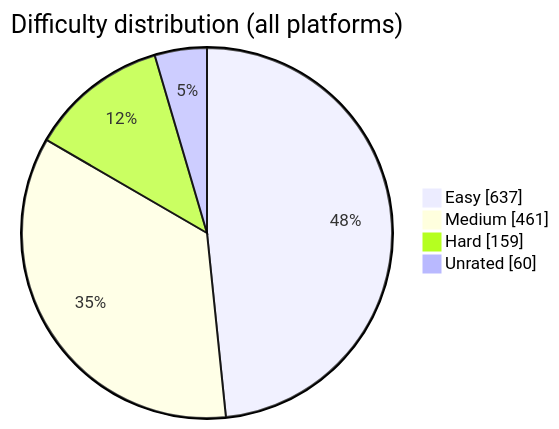
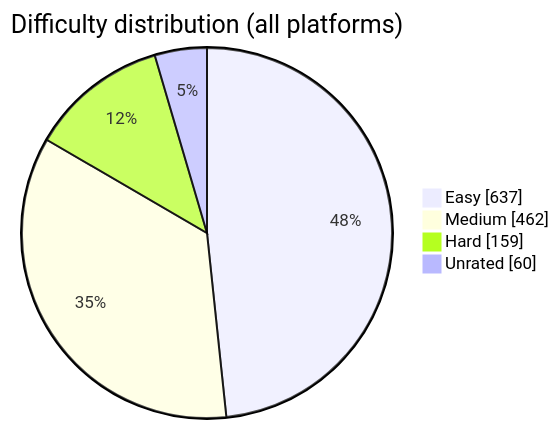
Before and after one commit to BuildbyArindam/Daily-Coding-Log: the diagram in README.md, drawn with Mermaid. The commit also changed other lines of this file, not shown here.

````diff
--- a/README.md
+++ b/README.md
@@ -93,7 +93,7 @@
 ```mermaid
 pie showData title Difficulty distribution (all platforms)
     "Easy" : 637
-    "Medium" : 461
+    "Medium" : 462
     "Hard" : 159
     "Unrated" : 60
 ```
````
